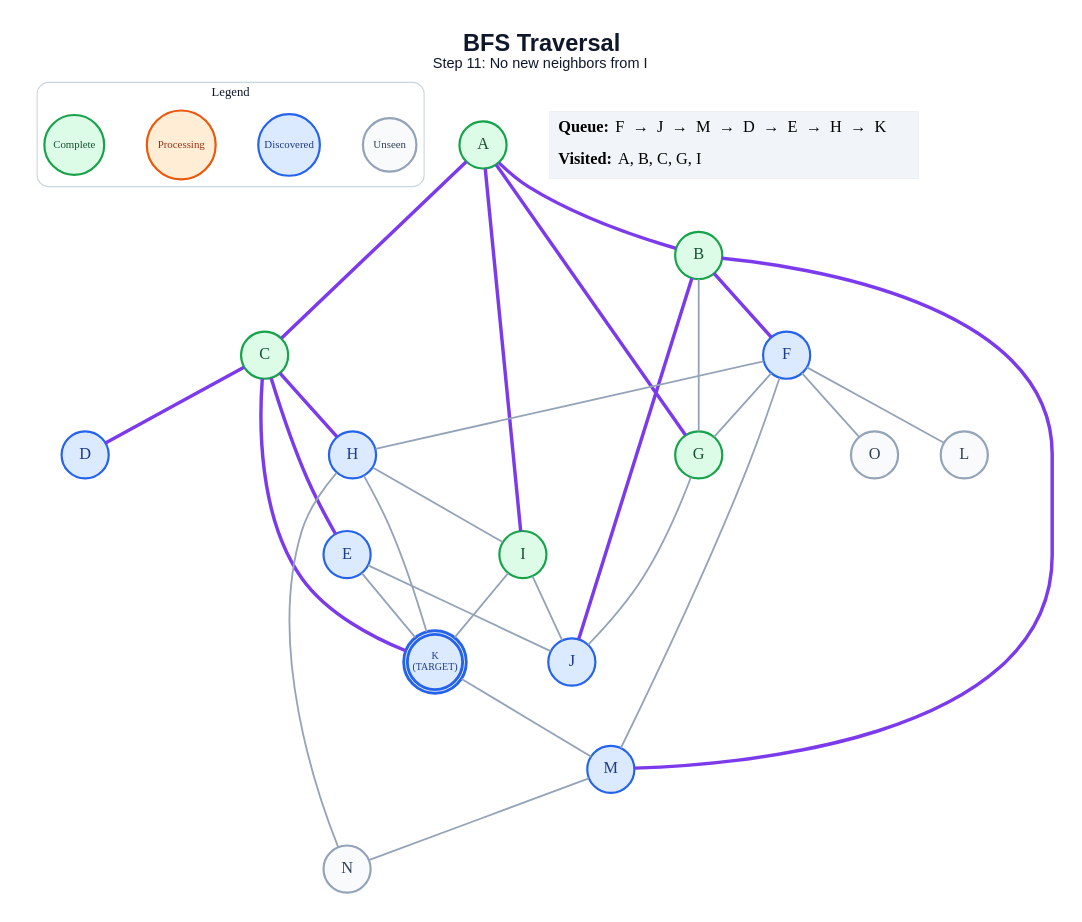
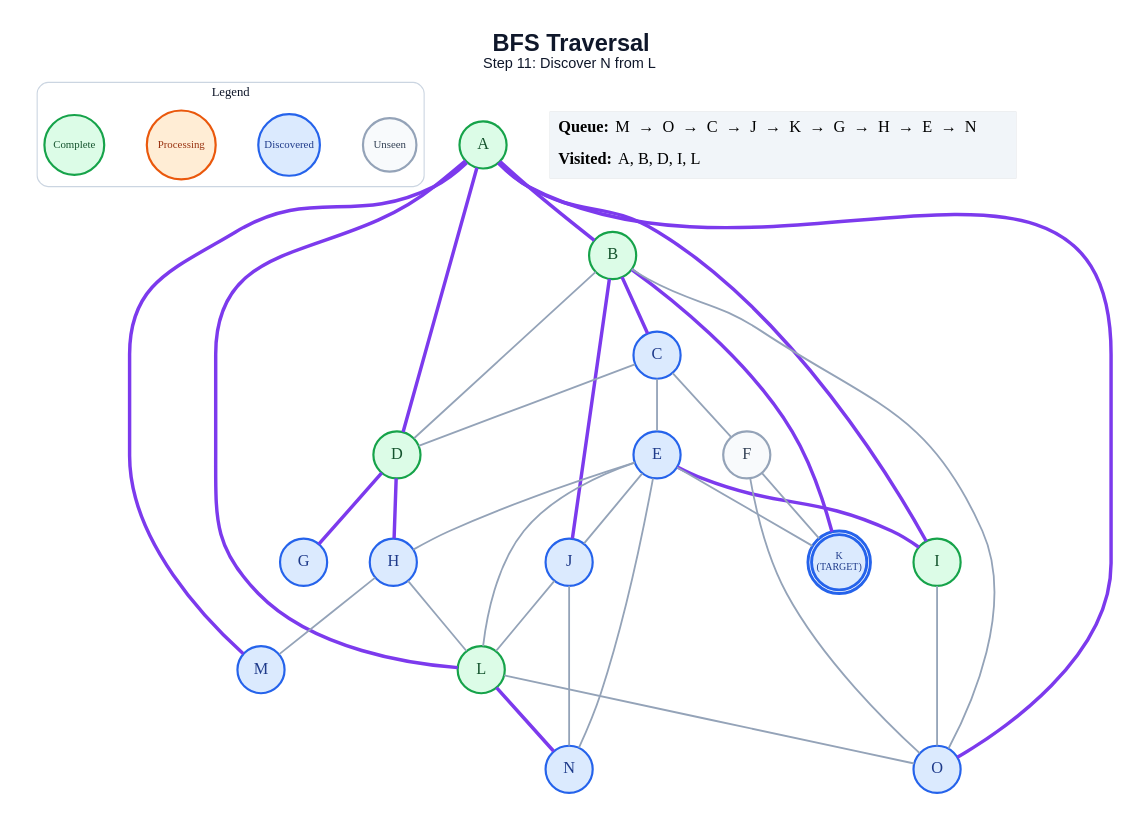
The diagram in generated/specific-node/bfs/step_11.dot (anon7238593-create/ai-slop), drawn with Graphviz before and after one commit. The commit also changed 223 other files, not shown here.

```diff
--- a/generated/specific-node/bfs/step_11.dot
+++ b/generated/specific-node/bfs/step_11.dot
@@ -1,61 +1,65 @@
 graph traversal {
   graph [layout=dot, rankdir=TB, bgcolor="#FFFFFF", pad="0.35", nodesep="0.65", ranksep="0.8", fontname="Arial"];
   node [shape=circle, style="filled", fontname="Arial Bold", fontsize=18, width=0.72, fixedsize=true, penwidth=2.4];
   edge [color="#94A3B8", penwidth=2.0];
-  label=<<B>BFS Traversal</B><BR/><FONT POINT-SIZE="16">Step 11: No new neighbors from I</FONT>>; labelloc="t"; fontsize=26; fontname="Arial"; fontcolor="#0F172A";
+  label=<<B>BFS Traversal</B><BR/><FONT POINT-SIZE="16">Step 11: Discover N from L</FONT>>; labelloc="t"; fontsize=26; fontname="Arial"; fontcolor="#0F172A";
   subgraph cluster_legend { label="Legend"; color="#CBD5E1"; penwidth=1.2; style="rounded"; fontsize=14; fontname="Arial Bold";
     key_unseen [label="Unseen", fillcolor="#F8FAFC", color="#94A3B8", fontcolor="#334155", fontsize=12, width=0.82];
     key_frontier [label="Discovered", fillcolor="#DBEAFE", color="#2563EB", fontcolor="#1E3A8A", fontsize=12, width=0.95];
     key_current [label="Processing", fillcolor="#FFEDD5", color="#EA580C", fontcolor="#9A3412", fontsize=12, width=1.05];
     key_done [label="Complete", fillcolor="#DCFCE7", color="#16A34A", fontcolor="#14532D", fontsize=12, width=0.92];
     { rank=same; key_unseen; key_frontier; key_current; key_done; }
   }
   A [label="A", fillcolor="#DCFCE7", color="#16A34A", fontcolor="#14532D", peripheries=1, penwidth=2.4];
   B [label="B", fillcolor="#DCFCE7", color="#16A34A", fontcolor="#14532D", peripheries=1, penwidth=2.4];
-  C [label="C", fillcolor="#DCFCE7", color="#16A34A", fontcolor="#14532D", peripheries=1, penwidth=2.4];
-  D [label="D", fillcolor="#DBEAFE", color="#2563EB", fontcolor="#1E3A8A", peripheries=1, penwidth=2.4];
+  C [label="C", fillcolor="#DBEAFE", color="#2563EB", fontcolor="#1E3A8A", peripheries=1, penwidth=2.4];
+  D [label="D", fillcolor="#DCFCE7", color="#16A34A", fontcolor="#14532D", peripheries=1, penwidth=2.4];
   E [label="E", fillcolor="#DBEAFE", color="#2563EB", fontcolor="#1E3A8A", peripheries=1, penwidth=2.4];
-  F [label="F", fillcolor="#DBEAFE", color="#2563EB", fontcolor="#1E3A8A", peripheries=1, penwidth=2.4];
-  G [label="G", fillcolor="#DCFCE7", color="#16A34A", fontcolor="#14532D", peripheries=1, penwidth=2.4];
+  F [label="F", fillcolor="#F8FAFC", color="#94A3B8", fontcolor="#334155", peripheries=1, penwidth=2.4];
+  G [label="G", fillcolor="#DBEAFE", color="#2563EB", fontcolor="#1E3A8A", peripheries=1, penwidth=2.4];
   H [label="H", fillcolor="#DBEAFE", color="#2563EB", fontcolor="#1E3A8A", peripheries=1, penwidth=2.4];
   I [label="I", fillcolor="#DCFCE7", color="#16A34A", fontcolor="#14532D", peripheries=1, penwidth=2.4];
   J [label="J", fillcolor="#DBEAFE", color="#2563EB", fontcolor="#1E3A8A", peripheries=1, penwidth=2.4];
   K [label="K\n(TARGET)", fillcolor="#DBEAFE", color="#2563EB", fontcolor="#1E3A8A", peripheries=2, penwidth=3.2, fontsize=11, width=0.85, height=0.85];
-  L [label="L", fillcolor="#F8FAFC", color="#94A3B8", fontcolor="#334155", peripheries=1, penwidth=2.4];
+  L [label="L", fillcolor="#DCFCE7", color="#16A34A", fontcolor="#14532D", peripheries=1, penwidth=2.4];
   M [label="M", fillcolor="#DBEAFE", color="#2563EB", fontcolor="#1E3A8A", peripheries=1, penwidth=2.4];
-  N [label="N", fillcolor="#F8FAFC", color="#94A3B8", fontcolor="#334155", peripheries=1, penwidth=2.4];
-  O [label="O", fillcolor="#F8FAFC", color="#94A3B8", fontcolor="#334155", peripheries=1, penwidth=2.4];
+  N [label="N", fillcolor="#DBEAFE", color="#2563EB", fontcolor="#1E3A8A", peripheries=1, penwidth=2.4];
+  O [label="O", fillcolor="#DBEAFE", color="#2563EB", fontcolor="#1E3A8A", peripheries=1, penwidth=2.4];
   A -- B [color="#7C3AED", penwidth=3.8];
-  A -- C [color="#7C3AED", penwidth=3.8];
-  A -- G [color="#7C3AED", penwidth=3.8];
+  A -- D [color="#7C3AED", penwidth=3.8];
   A -- I [color="#7C3AED", penwidth=3.8];
-  B -- F [color="#7C3AED", penwidth=3.8];
-  B -- G;
+  A -- L [color="#7C3AED", penwidth=3.8];
+  A -- M [color="#7C3AED", penwidth=3.8];
+  A -- O [color="#7C3AED", penwidth=3.8];
+  B -- C [color="#7C3AED", penwidth=3.8];
+  B -- D;
   B -- J [color="#7C3AED", penwidth=3.8];
-  B -- M [color="#7C3AED", penwidth=3.8];
-  C -- D [color="#7C3AED", penwidth=3.8];
-  C -- E [color="#7C3AED", penwidth=3.8];
-  C -- H [color="#7C3AED", penwidth=3.8];
-  C -- K [color="#7C3AED", penwidth=3.8];
+  B -- K [color="#7C3AED", penwidth=3.8];
+  B -- O;
+  C -- D;
+  C -- E;
+  C -- F;
+  D -- G [color="#7C3AED", penwidth=3.8];
+  D -- H [color="#7C3AED", penwidth=3.8];
+  E -- H;
+  E -- I [color="#7C3AED", penwidth=3.8];
   E -- J;
   E -- K;
-  F -- G;
-  F -- H;
-  F -- L;
-  F -- M;
+  E -- L;
+  E -- N;
+  F -- K;
   F -- O;
-  G -- J;
-  H -- I;
-  H -- K;
-  H -- N;
-  I -- J;
-  I -- K;
-  K -- M;
-  M -- N;
+  H -- L;
+  H -- M;
+  I -- O;
+  J -- L;
+  J -- N;
+  L -- N [color="#7C3AED", penwidth=3.8];
+  L -- O;
   status [shape=plain, fixedsize=false, width=0, height=0, margin=0, label=<
     <TABLE BORDER="0" CELLBORDER="0" CELLPADDING="7" BGCOLOR="#F1F5F9">
-      <TR><TD ALIGN="LEFT"><B>Queue:</B> F  →  J  →  M  →  D  →  E  →  H  →  K</TD></TR>
-      <TR><TD ALIGN="LEFT"><B>Visited:</B> A, B, C, G, I</TD></TR>
+      <TR><TD ALIGN="LEFT"><B>Queue:</B> M  →  O  →  C  →  J  →  K  →  G  →  H  →  E  →  N</TD></TR>
+      <TR><TD ALIGN="LEFT"><B>Visited:</B> A, B, D, I, L</TD></TR>
     </TABLE>
   >];
 }
```
